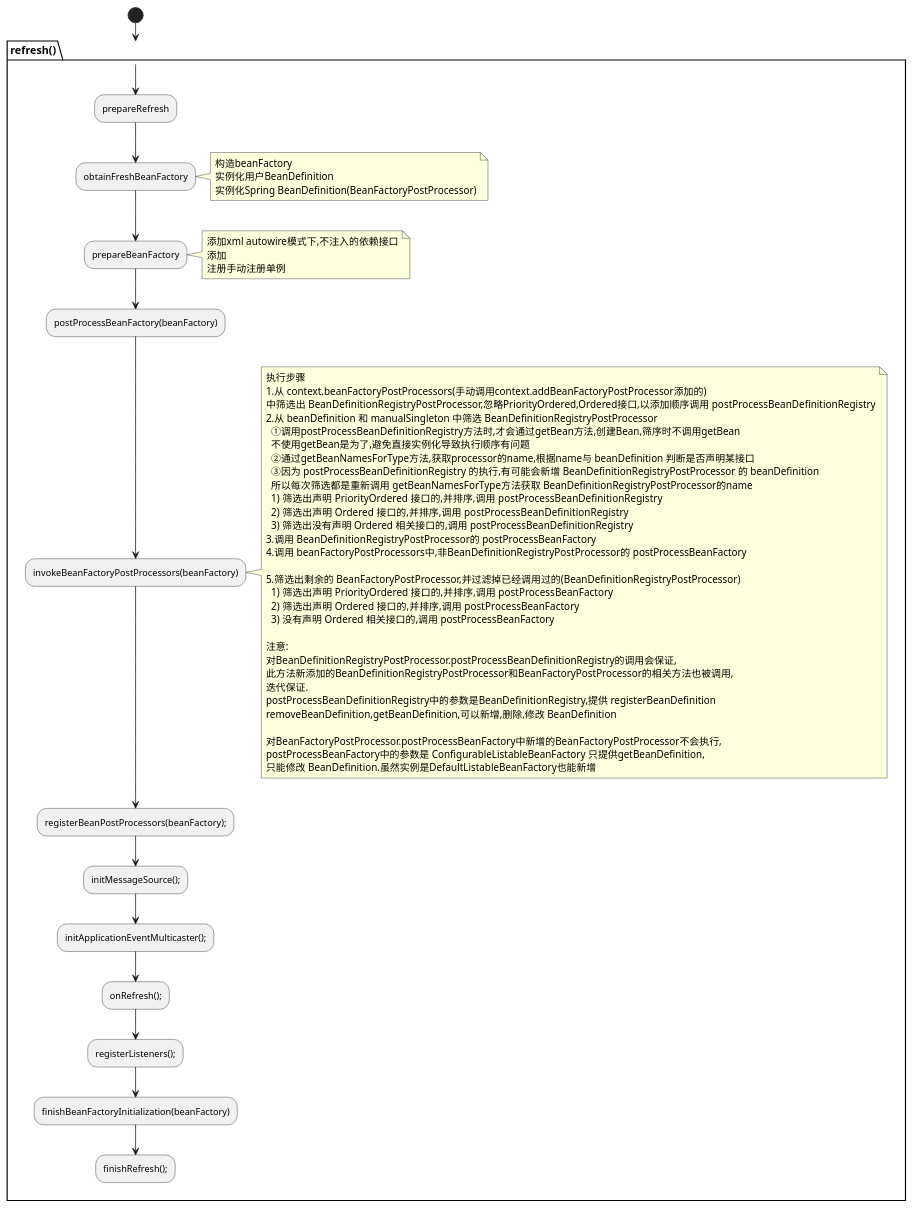
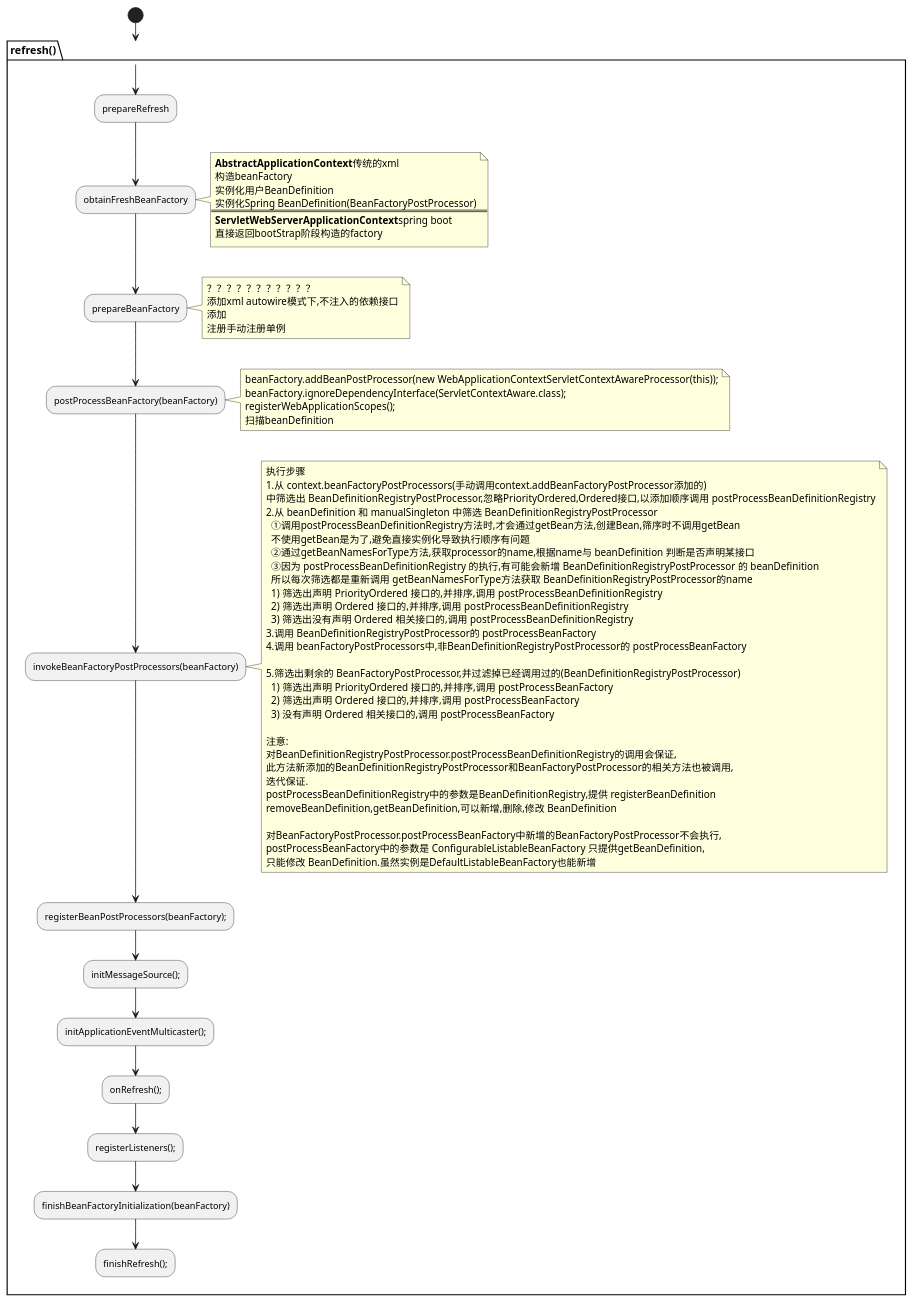
Before and after one commit to FHJ2020/spring-uml: the diagram in uml/src/main/java/000_refresh_detail.puml, drawn with PlantUML. The commit also changed 8 other files, not shown here.

```diff
--- a/uml/src/main/java/000_refresh_detail.puml
+++ b/uml/src/main/java/000_refresh_detail.puml
@@ -1,61 +1,72 @@
 @startuml
 
 (*) --> refresh()
 partition refresh() {
-    -d-> prepareRefresh
-    -d-> obtainFreshBeanFactory
+    --> prepareRefresh
+    --> obtainFreshBeanFactory
     note right
+    **AbstractApplicationContext**传统的xml
     构造beanFactory
     实例化用户BeanDefinition
     实例化Spring BeanDefinition(BeanFactoryPostProcessor)
+    ==
+    **ServletWebServerApplicationContext**spring boot
+    直接返回bootStrap阶段构造的factory
     end note
     -d-> prepareBeanFactory
     note right
+    ？？？？？？？？？？？
     添加xml autowire模式下,不注入的依赖接口
     添加
     注册手动注册单例
     end note
     -d-> postProcessBeanFactory(beanFactory)
+    note right
+    beanFactory.addBeanPostProcessor(new WebApplicationContextServletContextAwareProcessor(this));
+    beanFactory.ignoreDependencyInterface(ServletContextAware.class);
+    registerWebApplicationScopes();
+    扫描beanDefinition
+    end note
     -d-> invokeBeanFactoryPostProcessors(beanFactory)
     note right
     执行步骤
     1.从 context.beanFactoryPostProcessors(手动调用context.addBeanFactoryPostProcessor添加的)
     中筛选出 BeanDefinitionRegistryPostProcessor,忽略PriorityOrdered,Ordered接口,以添加顺序调用 postProcessBeanDefinitionRegistry
     2.从 beanDefinition 和 manualSingleton 中筛选 BeanDefinitionRegistryPostProcessor
       ①调用postProcessBeanDefinitionRegistry方法时,才会通过getBean方法,创建Bean,筛序时不调用getBean
       不使用getBean是为了,避免直接实例化导致执行顺序有问题
       ②通过getBeanNamesForType方法,获取processor的name,根据name与 beanDefinition 判断是否声明某接口
       ③因为 postProcessBeanDefinitionRegistry 的执行,有可能会新增 BeanDefinitionRegistryPostProcessor 的 beanDefinition
       所以每次筛选都是重新调用 getBeanNamesForType方法获取 BeanDefinitionRegistryPostProcessor的name
       1) 筛选出声明 PriorityOrdered 接口的,并排序,调用  postProcessBeanDefinitionRegistry
       2) 筛选出声明 Ordered 接口的,并排序,调用  postProcessBeanDefinitionRegistry
       3) 筛选出没有声明 Ordered 相关接口的,调用 postProcessBeanDefinitionRegistry
     3.调用 BeanDefinitionRegistryPostProcessor的 postProcessBeanFactory
     4.调用 beanFactoryPostProcessors中,非BeanDefinitionRegistryPostProcessor的 postProcessBeanFactory
 
     5.筛选出剩余的 BeanFactoryPostProcessor,并过滤掉已经调用过的(BeanDefinitionRegistryPostProcessor)
       1) 筛选出声明 PriorityOrdered 接口的,并排序,调用  postProcessBeanFactory
       2) 筛选出声明 Ordered 接口的,并排序,调用  postProcessBeanFactory
       3) 没有声明 Ordered 相关接口的,调用 postProcessBeanFactory
 
     注意:
     对BeanDefinitionRegistryPostProcessor.postProcessBeanDefinitionRegistry的调用会保证,
     此方法新添加的BeanDefinitionRegistryPostProcessor和BeanFactoryPostProcessor的相关方法也被调用,
     迭代保证.
     postProcessBeanDefinitionRegistry中的参数是BeanDefinitionRegistry,提供 registerBeanDefinition
     removeBeanDefinition,getBeanDefinition,可以新增,删除,修改 BeanDefinition
 
     对BeanFactoryPostProcessor.postProcessBeanFactory中新增的BeanFactoryPostProcessor不会执行,
     postProcessBeanFactory中的参数是 ConfigurableListableBeanFactory 只提供getBeanDefinition,
     只能修改 BeanDefinition.虽然实例是DefaultListableBeanFactory也能新增
     end note
     -d-> registerBeanPostProcessors(beanFactory);
     -d-> initMessageSource();
     -d-> initApplicationEventMulticaster();
     -d-> onRefresh();
     -d-> registerListeners();
     -d-> finishBeanFactoryInitialization(beanFactory)
     -d-> finishRefresh();
 }
 
 @enduml
```
